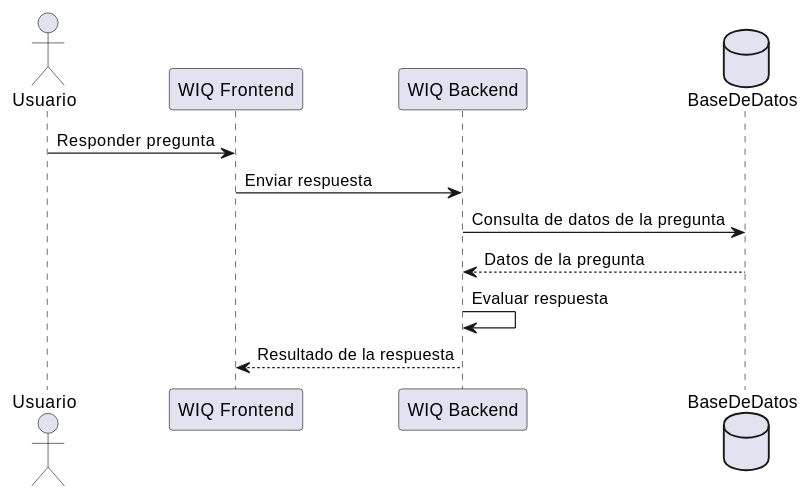
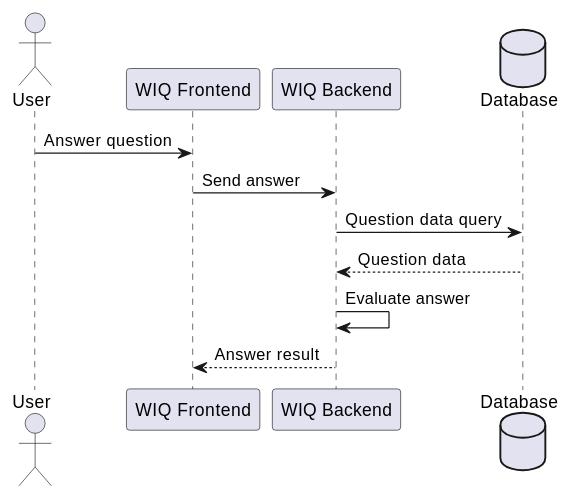
One commit to Arquisoft/wiq_es04b changed the third of 6 diagrams in docs/src/06_runtime_view.adoc. Above: the diagram before and after it, drawn with PlantUML. The commit also changed other lines of this file and 1 other file, not shown here.

```diff
--- a/docs/src/06_runtime_view.adoc
+++ b/docs/src/06_runtime_view.adoc
@@ -76,14 +76,14 @@
 [plantuml,"Sequence diagram 3",png]
 ----
-actor Usuario
+actor User
 participant "WIQ Frontend" as Frontend
 participant "WIQ Backend" as Backend
-database BaseDeDatos as Data
+database Database as Data
 
-Usuario -> Frontend: Responder pregunta
-Frontend -> Backend: Enviar respuesta
-Backend -> Data: Consulta de datos de la pregunta
-Data --> Backend: Datos de la pregunta
-Backend -> Backend: Evaluar respuesta
-Backend --> Frontend: Resultado de la respuesta
+User -> Frontend: Answer question
+Frontend -> Backend: Send answer
+Backend -> Data: Question data query
+Data --> Backend: Question data
+Backend -> Backend: Evaluate answer
+Backend --> Frontend: Answer result
 ----
```
